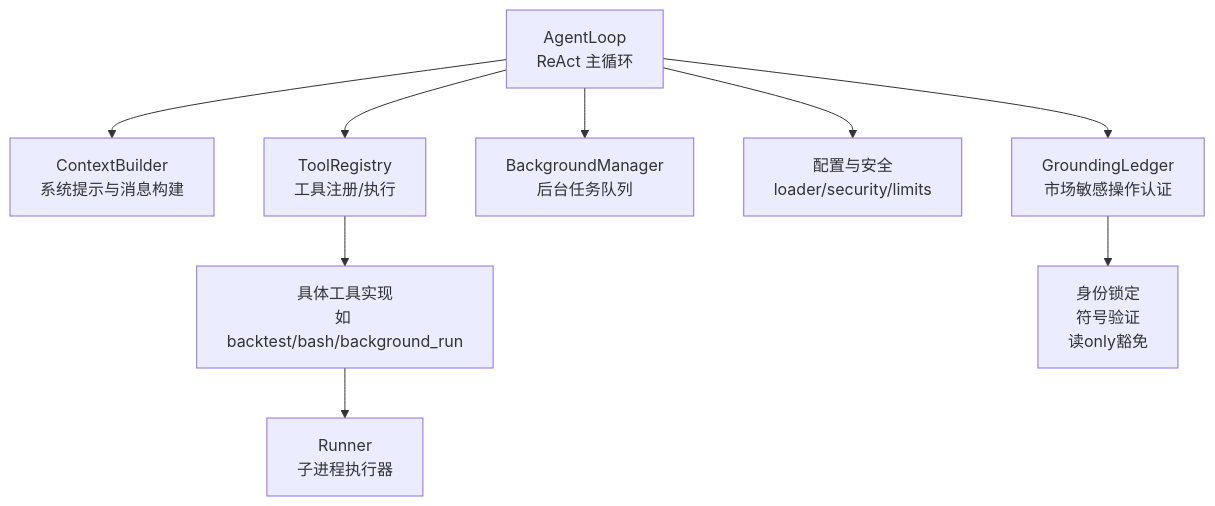
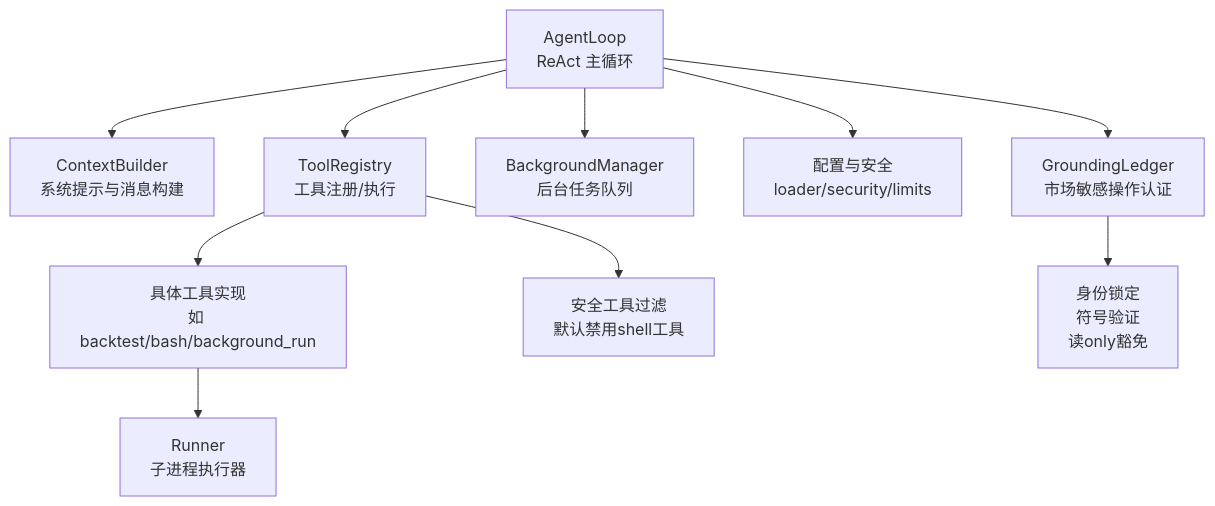
One commit to 20012002er/Vibe-Trading changed the first of 10 diagrams in .qoder/repowiki/zh/content/项目概述/核心功能特性/AI代理系统/工具系统/工具执行框架.md. Above: the diagram before and after it, drawn with Mermaid. The commit also changed other lines of this file and 6 other files, not shown here.

````diff
--- a/.qoder/repowiki/zh/content/项目概述/核心功能特性/AI代理系统/工具系统/工具执行框架.md
+++ b/.qoder/repowiki/zh/content/项目概述/核心功能特性/AI代理系统/工具系统/工具执行框架.md
@@ -51,11 +54,12 @@
 ```mermaid
 graph TB
 A["AgentLoop<br/>ReAct 主循环"] --> B["ContextBuilder<br/>系统提示与消息构建"]
 A --> C["ToolRegistry<br/>工具注册/执行"]
 C --> D["具体工具实现<br/>如 backtest/bash/background_run"]
 A --> E["BackgroundManager<br/>后台任务队列"]
 D --> F["Runner<br/>子进程执行器"]
 A --> G["配置与安全<br/>loader/security/limits"]
 A --> H["GroundingLedger<br/>市场敏感操作认证"]
 H --> I["身份锁定<br/>符号验证<br/>读only豁免"]
+C --> J["安全工具过滤<br/>默认禁用shell工具"]
 ```
````
